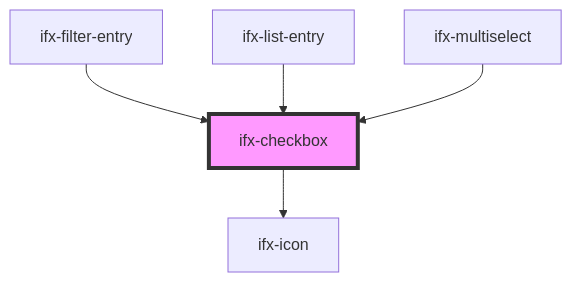
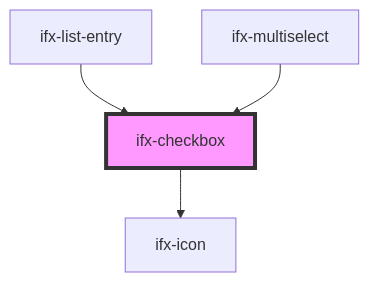
The diagram in packages/components/src/components/checkbox/readme.md (Infineon/infineon-design-system-stencil), drawn with Mermaid before and after one commit. The commit also changed other lines of this file and 3 other files, not shown here.

````diff
--- a/packages/components/src/components/checkbox/readme.md
+++ b/packages/components/src/components/checkbox/readme.md
@@ -40,8 +39,7 @@
 ```mermaid
 graph TD;
   ifx-checkbox --> ifx-icon
-  ifx-filter-entry --> ifx-checkbox
   ifx-list-entry --> ifx-checkbox
   ifx-multiselect --> ifx-checkbox
   style ifx-checkbox fill:#f9f,stroke:#333,stroke-width:4px
 ```
````
